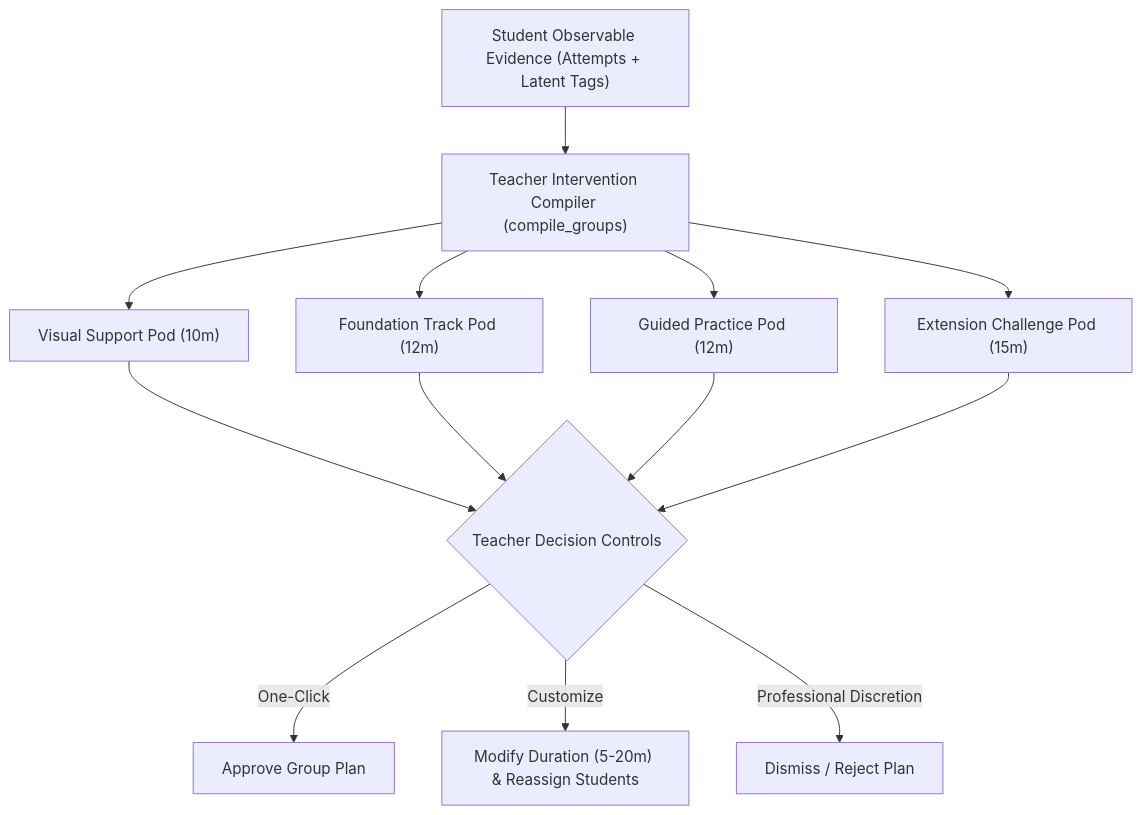
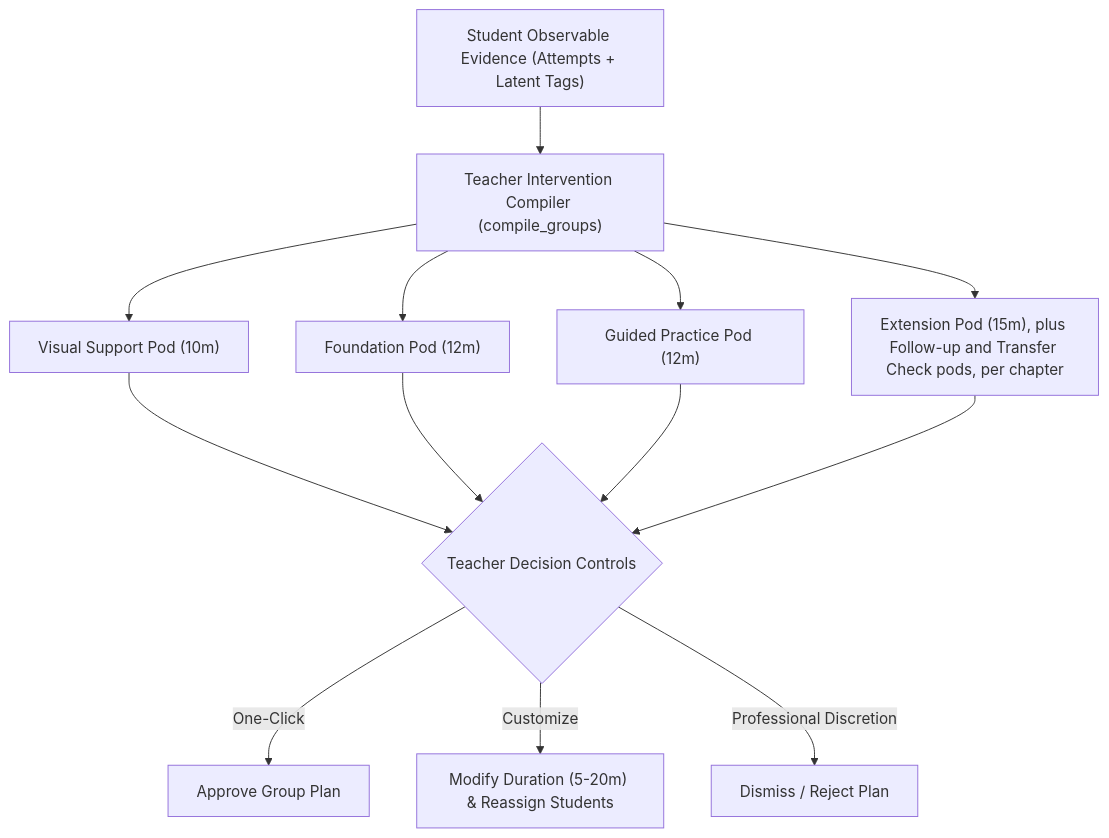
One commit to vamshimohan-777/PRISM_CLASSROOM changed the second of 3 diagrams in README.md. Above: the diagram before and after it, drawn with Mermaid. The commit also changed other lines of this file and 35 other files, not shown here.

````diff
--- a/README.md
+++ b/README.md
@@ -97,13 +97,13 @@
 ```mermaid
 flowchart TD
   RAW["Student Observable Evidence (Attempts + Latent Tags)"] --> COMPILER["Teacher Intervention Compiler (compile_groups)"]
   COMPILER --> POD1["Visual Support Pod (10m)"]
-  COMPILER --> POD2["Foundation Track Pod (12m)"]
+  COMPILER --> POD2["Foundation Pod (12m)"]
   COMPILER --> POD3["Guided Practice Pod (12m)"]
-  COMPILER --> POD4["Extension Challenge Pod (15m)"]
+  COMPILER --> POD4["Extension Pod (15m), plus Follow-up and Transfer Check pods, per chapter"]
   
   POD1 & POD2 & POD3 & POD4 --> TEACHER{"Teacher Decision Controls"}
   TEACHER -->|"One-Click"| APPROVE["Approve Group Plan"]
   TEACHER -->|"Customize"| MODIFY["Modify Duration (5-20m) & Reassign Students"]
   TEACHER -->|"Professional Discretion"| REJECT["Dismiss / Reject Plan"]
 ```
````
